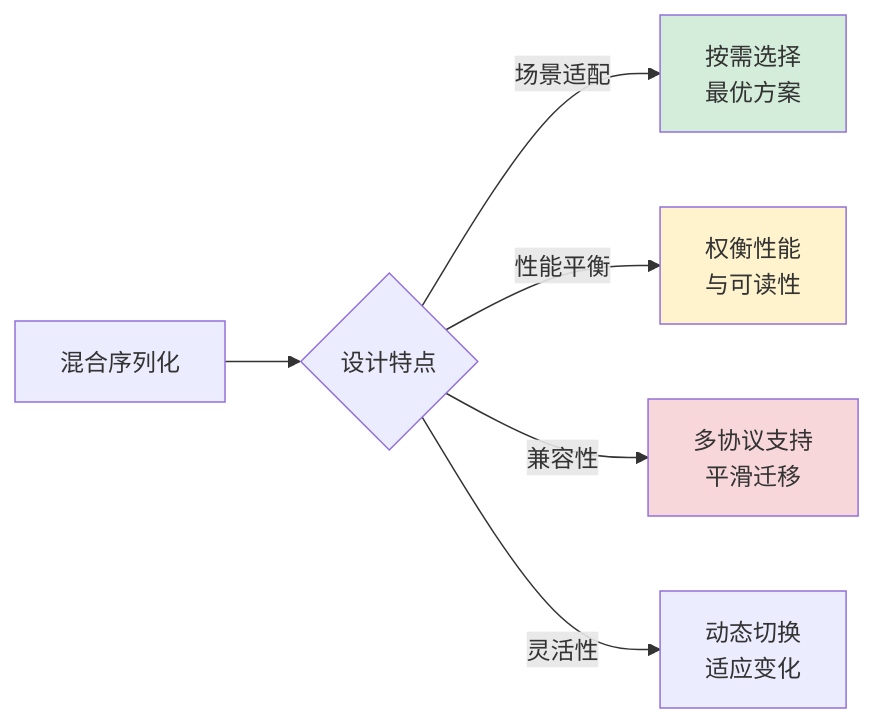
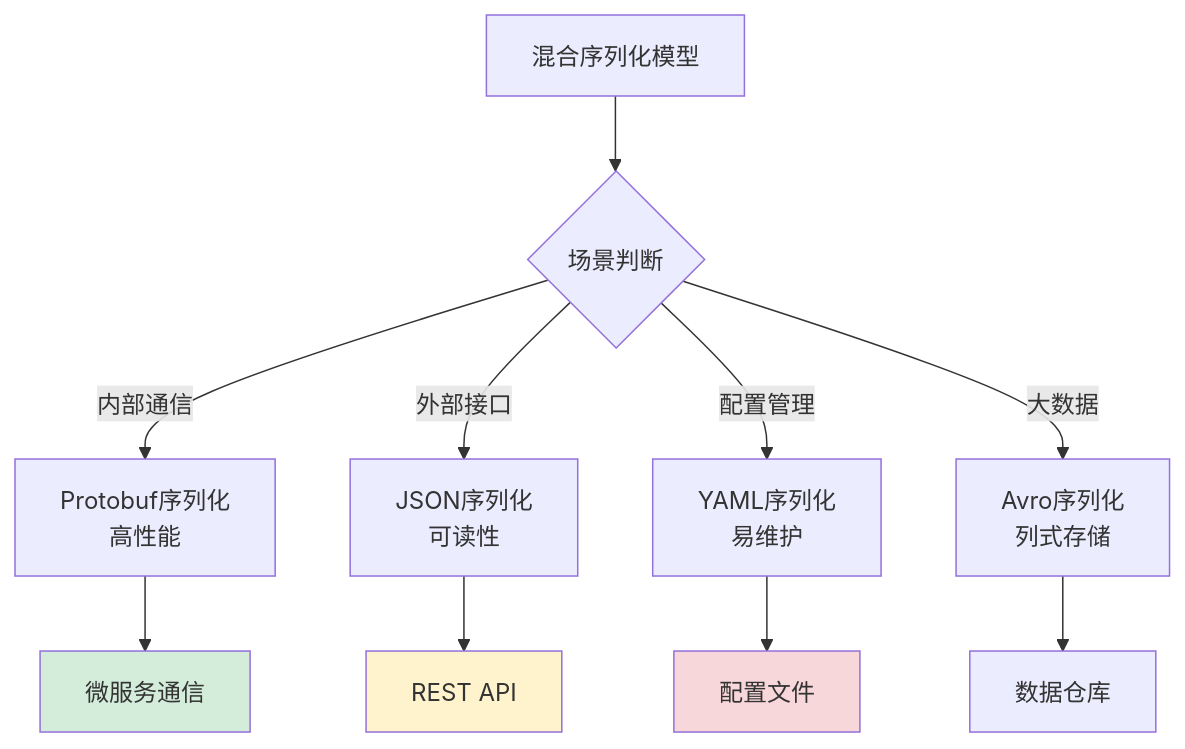
One commit to chongyang211/YCBookBlog changed the eighth of 25 diagrams in 00.通用技术的提升/02.程序编程原理/05.序列化数据的思想.md. Above: the diagram before and after it, drawn with Mermaid. The commit also changed other lines of this file and 17 other files, not shown here.

````diff
--- a/00.通用技术的提升/02.程序编程原理/05.序列化数据的思想.md
+++ b/00.通用技术的提升/02.程序编程原理/05.序列化数据的思想.md
@@ -399,12 +374,17 @@
 ```mermaid
-graph LR
-    A[混合序列化] --> B{设计特点}
-    B -->|场景适配| C[按需选择<br/>最优方案]
-    B -->|性能平衡| D[权衡性能<br/>与可读性]
-    B -->|兼容性| E[多协议支持<br/>平滑迁移]
-    B -->|灵活性| F[动态切换<br/>适应变化]
+graph TB
+    A[混合序列化模型] --> B{场景判断}
+    B -->|内部通信| C[Protobuf序列化<br/>高性能]
+    B -->|外部接口| D[JSON序列化<br/>可读性]
+    B -->|配置管理| E[YAML序列化<br/>易维护]
+    B -->|大数据| F[Avro序列化<br/>列式存储]
     
-    style C fill:#d4edda
-    style D fill:#fff3cd
-    style E fill:#f8d7da
+    C --> G[微服务通信]
+    D --> H[REST API]
+    E --> I[配置文件]
+    F --> J[数据仓库]
+    
+    style G fill:#d4edda
+    style H fill:#fff3cd
+    style I fill:#f8d7da
 ```
````
